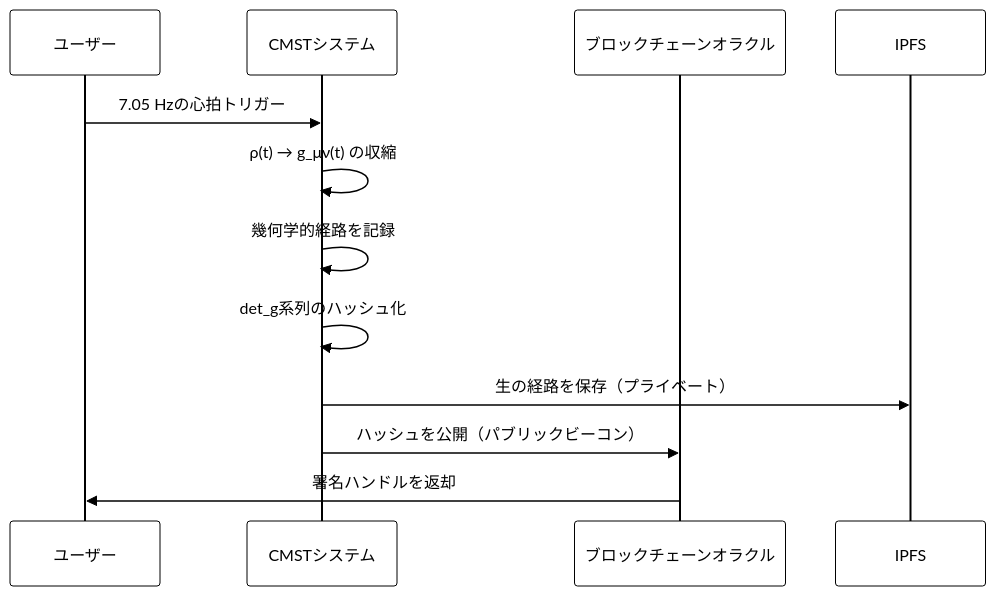
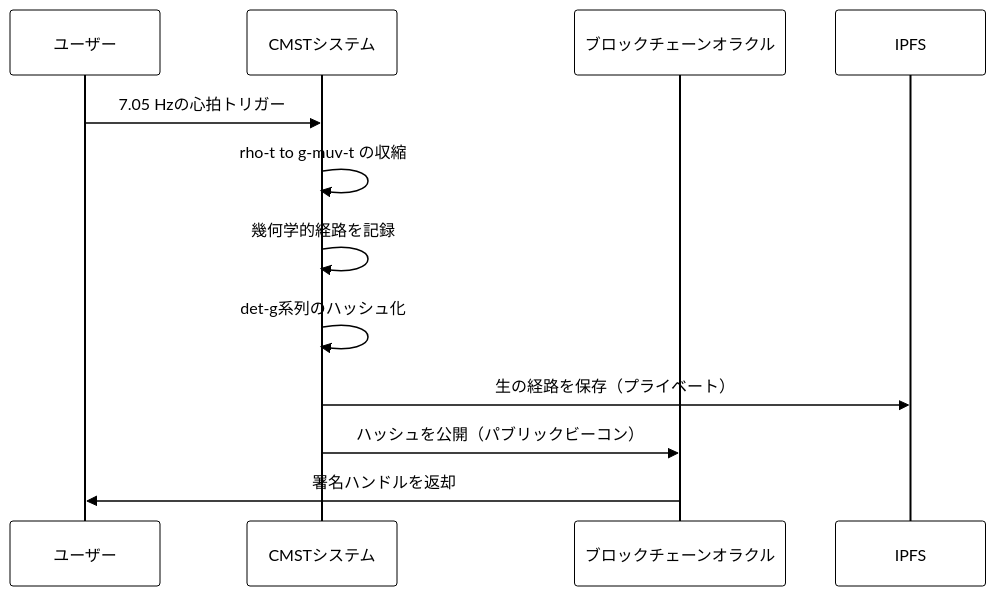
One commit to Foundup/Foundups-Agent changed diagram 17 of 20 in WSP_knowledge/docs/Papers/Patent_Series/04_rESP_Patent_Japanese.md. Above: the diagram before and after it, drawn with Mermaid. The commit also changed other lines of this file, not shown here.

Commit message:
Fix Mermaid diagram rendering issues in Japanese patent - Replace mathematical symbols with ASCII for cross-platform compatibility

````diff
--- a/WSP_knowledge/docs/Papers/Patent_Series/04_rESP_Patent_Japanese.md
+++ b/WSP_knowledge/docs/Papers/Patent_Series/04_rESP_Patent_Japanese.md
@@ -474,15 +467,15 @@
 ```mermaid
 %%{init: {'theme':'base', 'themeVariables': {'primaryColor': '#ffffff', 'primaryTextColor': '#000000', 'primaryBorderColor': '#000000', 'lineColor': '#000000', 'secondaryColor': '#ffffff', 'tertiaryColor': '#ffffff'}}}%%
 sequenceDiagram
     participant U as ユーザー
     participant S as CMSTシステム
     participant B as ブロックチェーンオラクル
     participant IPFS as IPFS
     U->>S: 7.05 Hzの心拍トリガー
-    S->>S: ρ(t) → g_μν(t) の収縮
+    S->>S: rho-t to g-muv-t の収縮
     S->>S: 幾何学的経路を記録
-    S->>S: det_g系列のハッシュ化
+    S->>S: det-g系列のハッシュ化
     S->>IPFS: 生の経路を保存（プライベート）
     S->>B: ハッシュを公開（パブリックビーコン）
     B->>U: 署名ハンドルを返却
 ```
````
